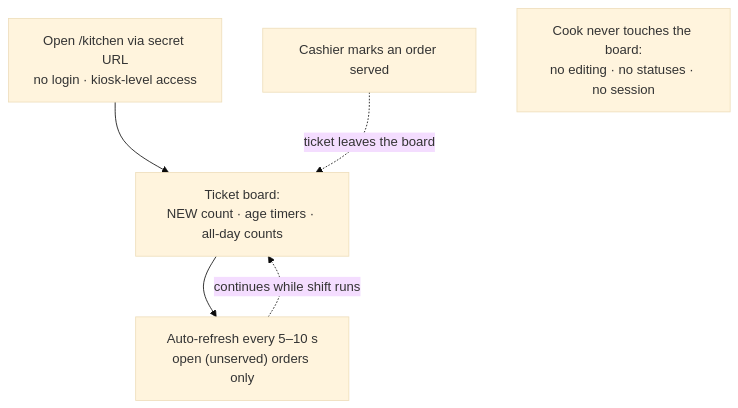
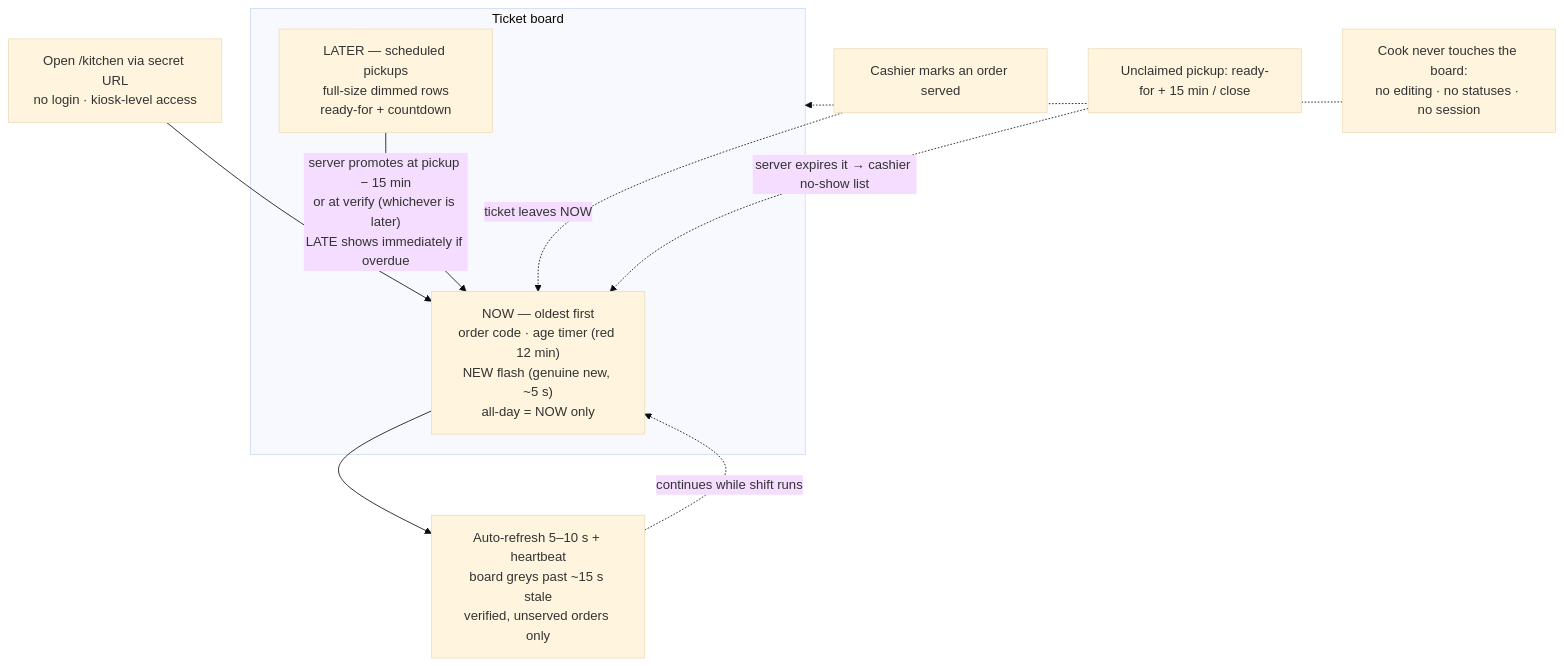
The diagram in docs/flow-charts/kitchen.md (S1NXIAN/CRNP), drawn with Mermaid (base theme) before and after one commit. The commit also changed other lines of this file and 3 other files, not shown here.

First line of the commit message:
docs(plan): redesign checkout as pickup GCash flow

````diff
--- a/docs/flow-charts/kitchen.md
+++ b/docs/flow-charts/kitchen.md
@@ -5,8 +6,14 @@
 ```mermaid
 flowchart TD
-    A["Open /kitchen via secret URL<br/>no login · kiosk-level access"] --> B["Ticket board:<br/>NEW count · age timers · all-day counts"]
-    B --> C["Auto-refresh every 5–10 s<br/>open (unserved) orders only"]
-    C -.->|"continues while shift runs"| B
-    D["Cashier marks an order served"] -.->|"ticket leaves the board"| B
-    E["Cook never touches the board:<br/>no editing · no statuses · no session"]
+    A["Open /kitchen via secret URL<br/>no login · kiosk-level access"] --> N
+    subgraph Board["Ticket board"]
+        N["NOW — oldest first<br/>order code · age timer (red 12 min)<br/>NEW flash (genuine new, ~5 s)<br/>all-day = NOW only"]
+        L["LATER — scheduled pickups<br/>full-size dimmed rows<br/>ready-for + countdown"]
+    end
+    L -->|"server promotes at pickup − 15 min<br/>or at verify (whichever is later)<br/>LATE shows immediately if overdue"| N
+    N --> R["Auto-refresh 5–10 s + heartbeat<br/>board greys past ~15 s stale<br/>verified, unserved orders only"]
+    R -.->|"continues while shift runs"| N
+    S["Cashier marks an order served"] -.->|"ticket leaves NOW"| N
+    X["Unclaimed pickup: ready-for + 15 min / close"] -.->|"server expires it → cashier no-show list"| N
+    E["Cook never touches the board:<br/>no editing · no statuses · no session"] -.-> Board
 ```
````
